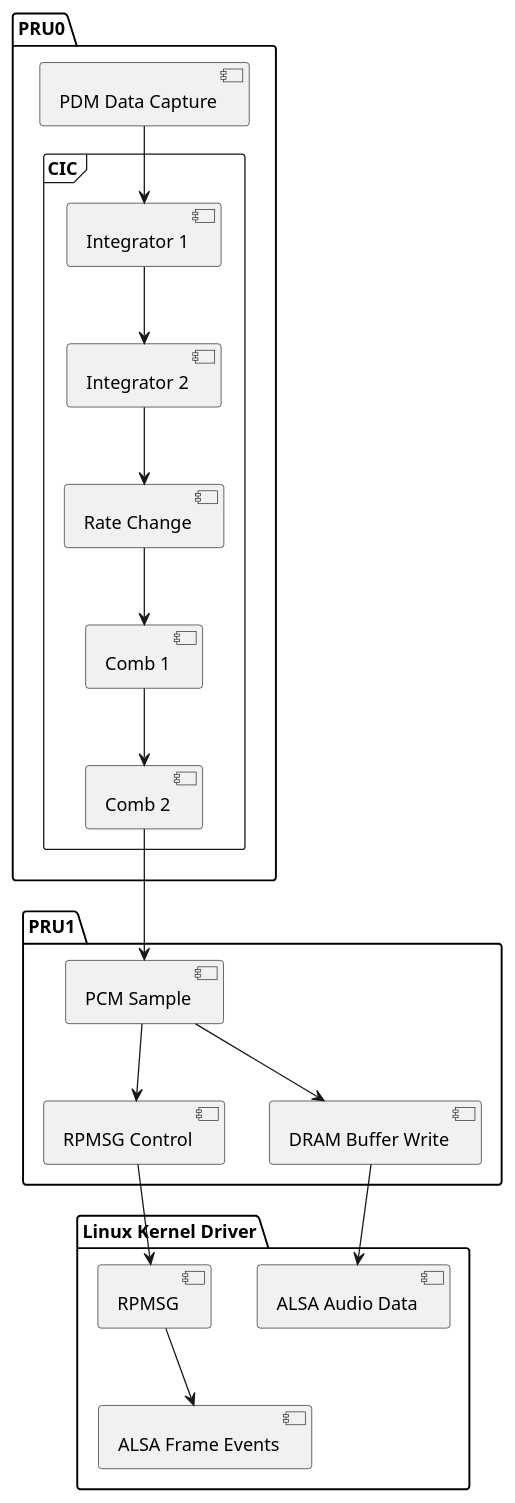
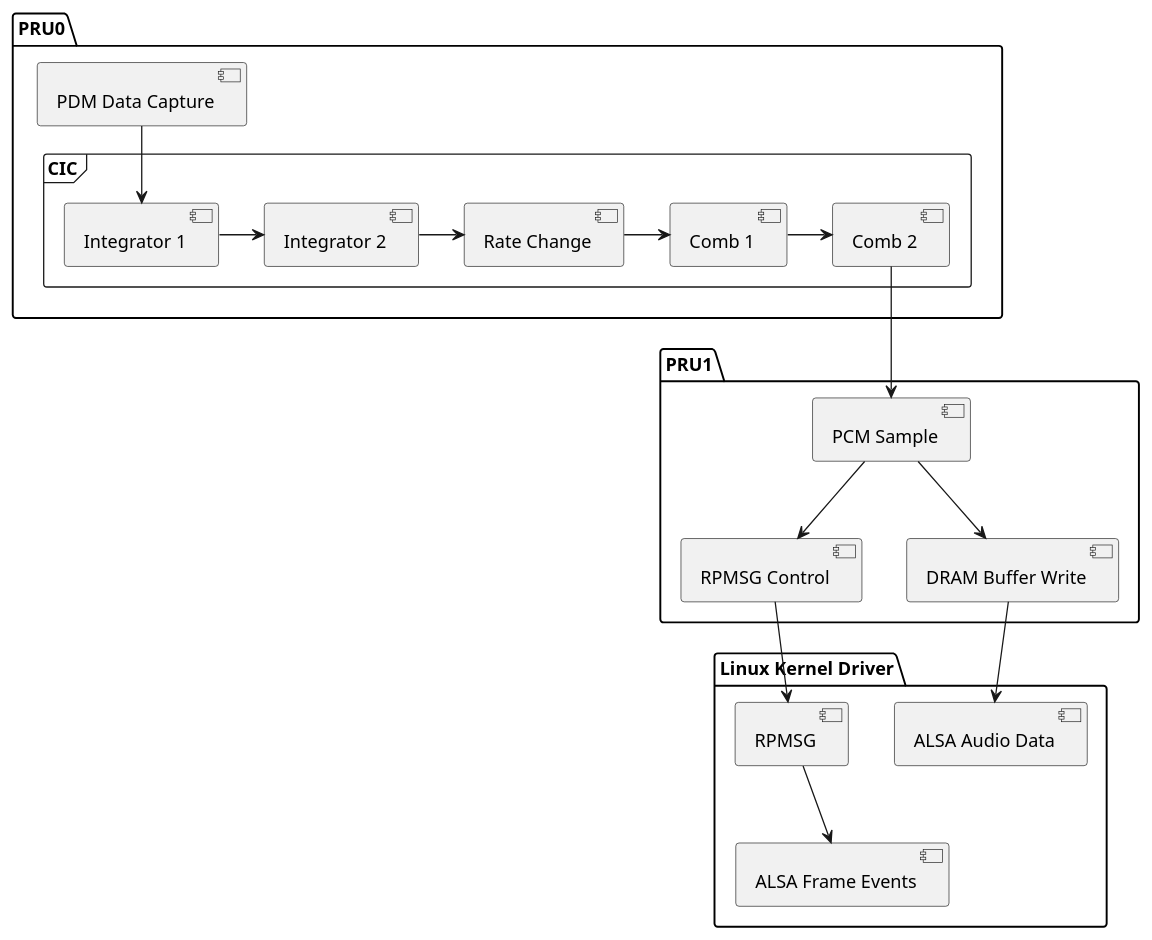
The diagram in images/software-arch-16bit.plantuml (dinuxbg/beaglemic), drawn with PlantUML before and after one commit. The commit also changed 11 other files, not shown here.

```diff
--- a/images/software-arch-16bit.plantuml
+++ b/images/software-arch-16bit.plantuml
@@ -1,39 +1,41 @@
 @startuml
+
+skinparam backgroundcolor transparent
 
 package "PRU0" {
   [PDM Data Capture]
   frame "CIC" {
     [Integrator 1]
     [Integrator 2]
     [Rate Change]
     [Comb 1]
     [Comb 2]
   }
 }
 
 package "PRU1" {
   [PCM Sample]
   [RPMSG Control]
   [DRAM Buffer Write]
 }
 
 package "Linux Kernel Driver" {
   [RPMSG]
   [ALSA Frame Events]
   [ALSA Audio Data]
 }
 
 [PDM Data Capture] --> [Integrator 1]
-[Integrator 1] --> [Integrator 2]
-[Integrator 2] --> [Rate Change]
-[Rate Change] --> [Comb 1]
-[Comb 1] --> [Comb 2]
+[Integrator 1] -> [Integrator 2]
+[Integrator 2] -> [Rate Change]
+[Rate Change] -> [Comb 1]
+[Comb 1] -> [Comb 2]
 [Comb 2] --> [PCM Sample]
 [PCM Sample] --> [DRAM Buffer Write]
 [PCM Sample] --> [RPMSG Control]
 [RPMSG Control] --> [RPMSG]
 [RPMSG] --> [ALSA Frame Events]
 [DRAM Buffer Write] --> [ALSA Audio Data]
 
 
 @enduml
```
